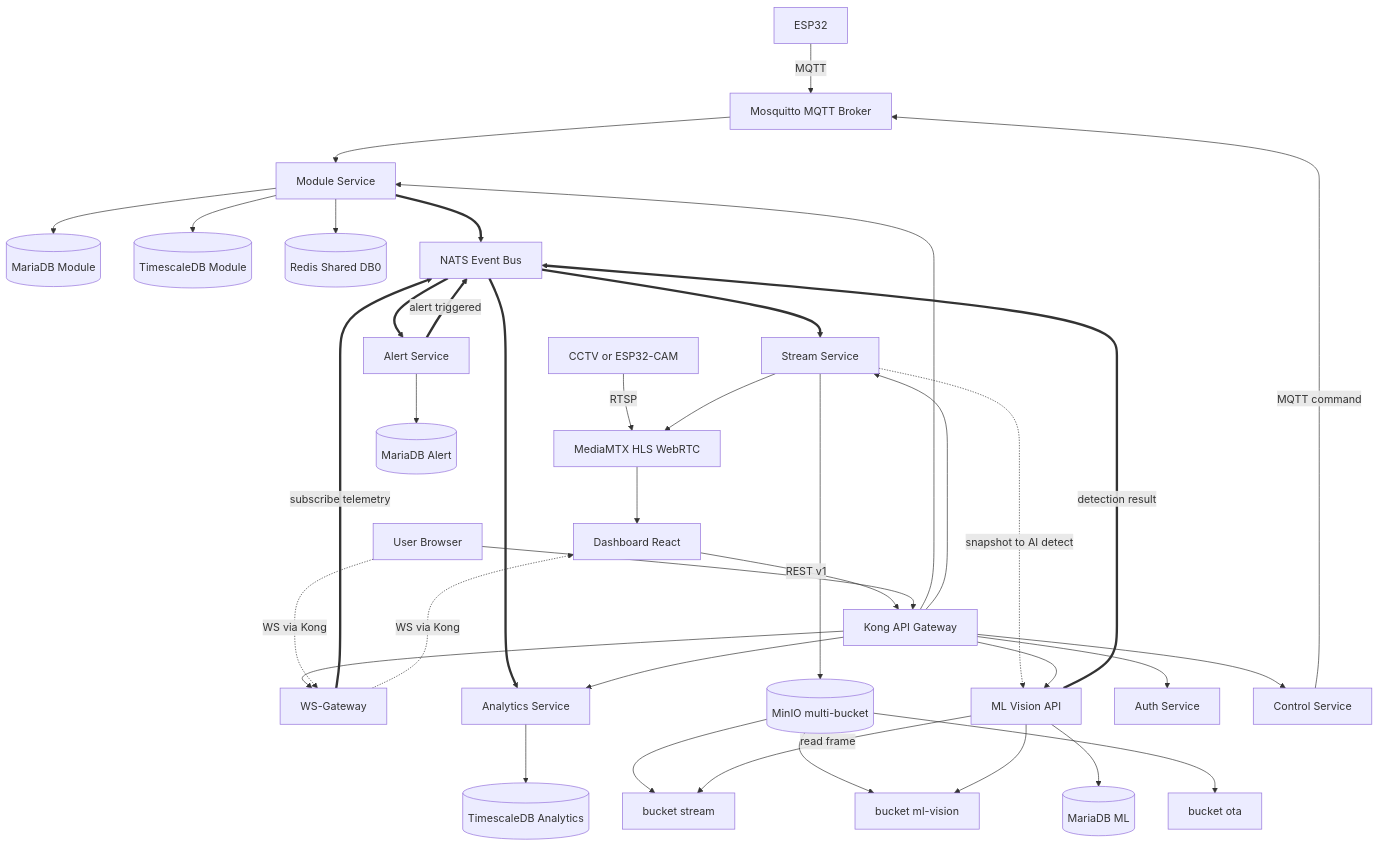
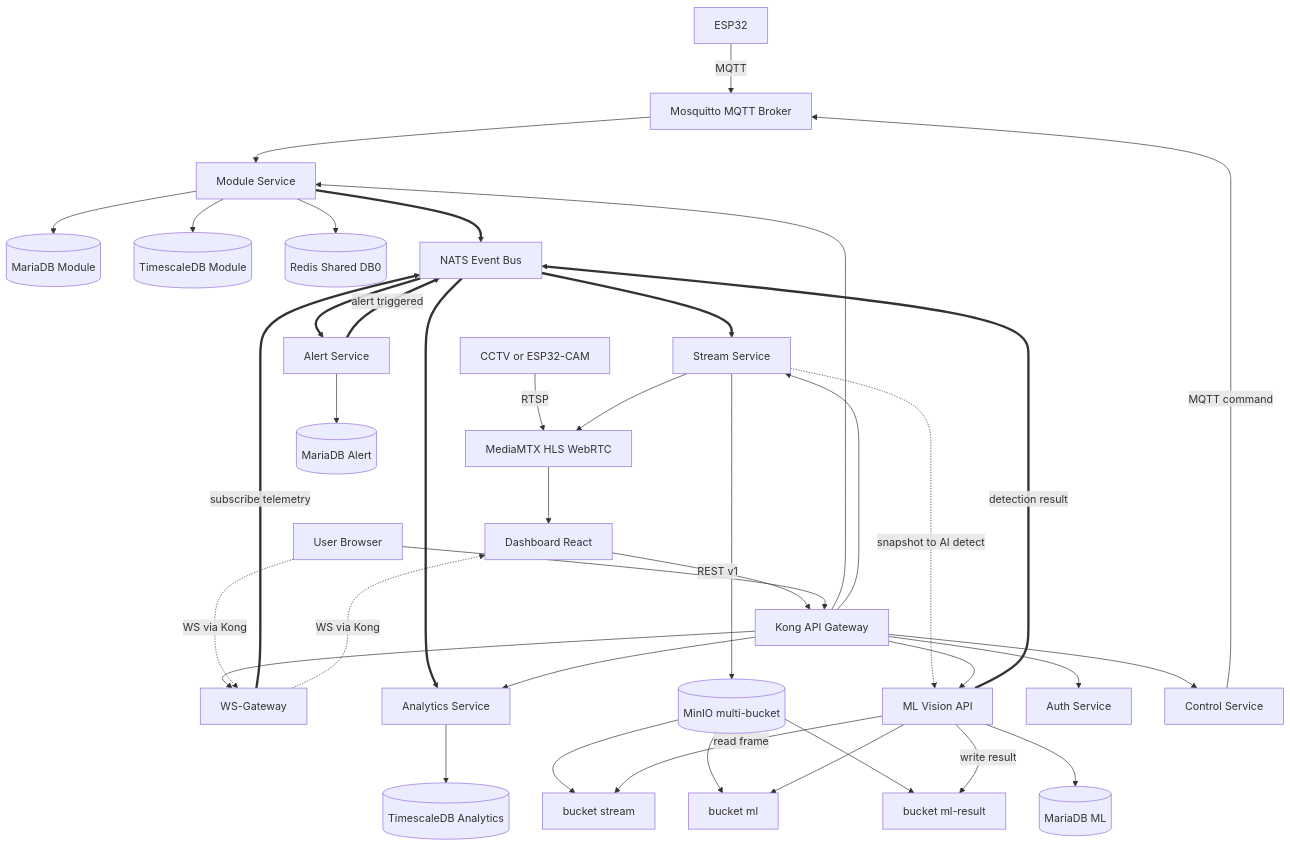
One commit to Rezen351/enterprise-iot-modular-microservices changed the diagram in docs/planning.md. Above: the diagram before and after it, drawn with Mermaid. The commit also changed other lines of this file, not shown here.

````diff
--- a/docs/planning.md
+++ b/docs/planning.md
@@ -93,43 +95,44 @@
 ```mermaid
 flowchart TB
     ESP32["ESP32"] -->|MQTT| MOSQ["Mosquitto MQTT Broker"]
     CCTV["CCTV or ESP32-CAM"] -->|RTSP| MTX["MediaMTX HLS WebRTC"]
     MOSQ --> MOD["Module Service"]
     MOD --> MDB[("MariaDB Module")]
     MOD --> TSDB[("TimescaleDB Module")]
     MOD --> RED[("Redis Shared DB0")]
     MOD ==> NATS["NATS Event Bus"]
 
     WSGW["WS-Gateway"] ==>|subscribe telemetry| NATS
     WSGW -.->|WS via Kong| DASH["Dashboard React"]
     NATS ==> ANA["Analytics Service"]
     ANA --> TSDBA[("TimescaleDB Analytics")]
     NATS ==> STR["Stream Service"]
     STR --> MTX["MediaMTX HLS WebRTC"]
     MTX --> DASH
     STR --> MINIO[("MinIO multi-bucket")]
     MINIO --> BSTR["bucket stream"]
-    MINIO --> BML["bucket ml-vision"]
-    MINIO --> BOTA["bucket ota"]
+    MINIO --> BML["bucket ml"]
+    MINIO --> BMLR["bucket ml-result"]
     STR -.->|snapshot to AI detect| ML["ML Vision API"]
     ML -->|read frame| BSTR
     ML --> BML
+    ML -->|write result| BMLR
     ML --> MLDB[("MariaDB ML")]
     ML ==>|detection result| NATS
     NATS ==> ALERT["Alert Service"]
     ALERT --> NADB[("MariaDB Alert")]
     ALERT ==>|alert triggered| NATS
 
     DASH -->|REST v1| KONG["Kong API Gateway"]
     KONG --> AUTH["Auth Service"]
     KONG --> MOD
     KONG --> ANA
     KONG --> CTL["Control Service"]
     KONG --> STR
     KONG --> ML
     KONG --> WSGW
 
     CTL -->|MQTT command| MOSQ
     USER["User Browser"] --> KONG
     USER -.->|WS via Kong| WSGW
 ```
````
